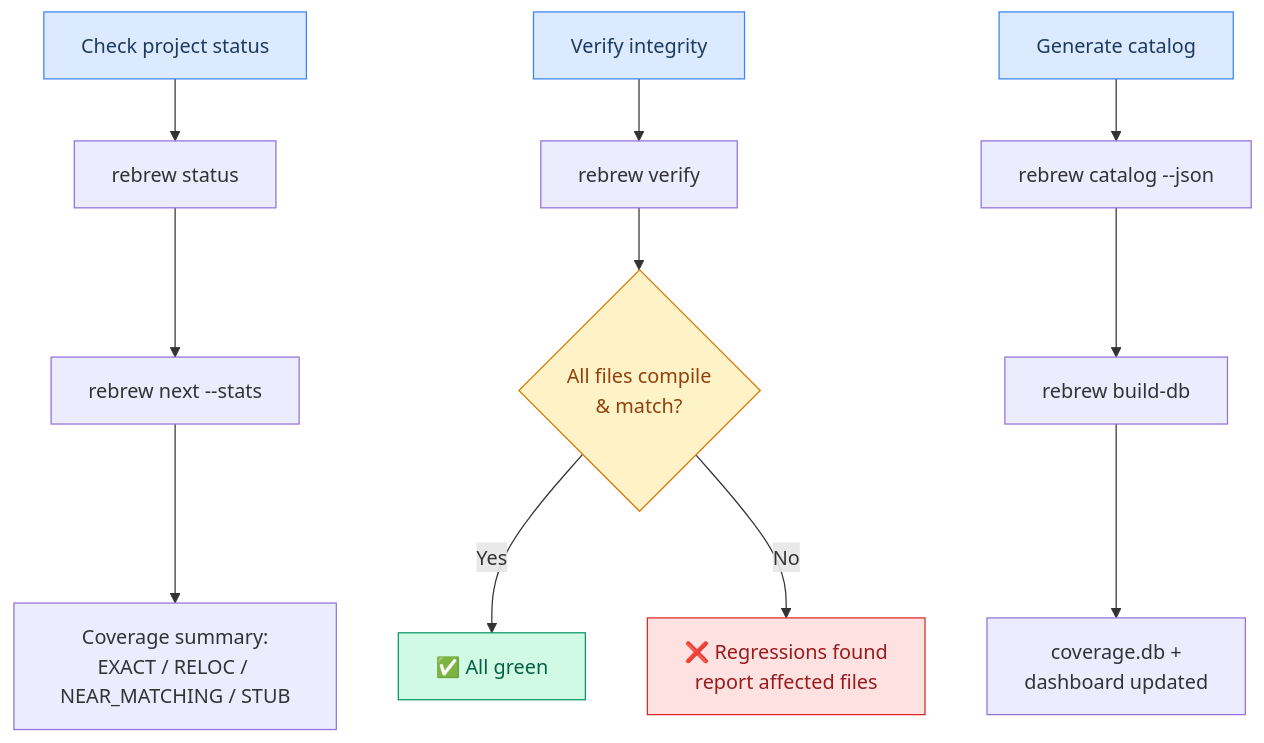
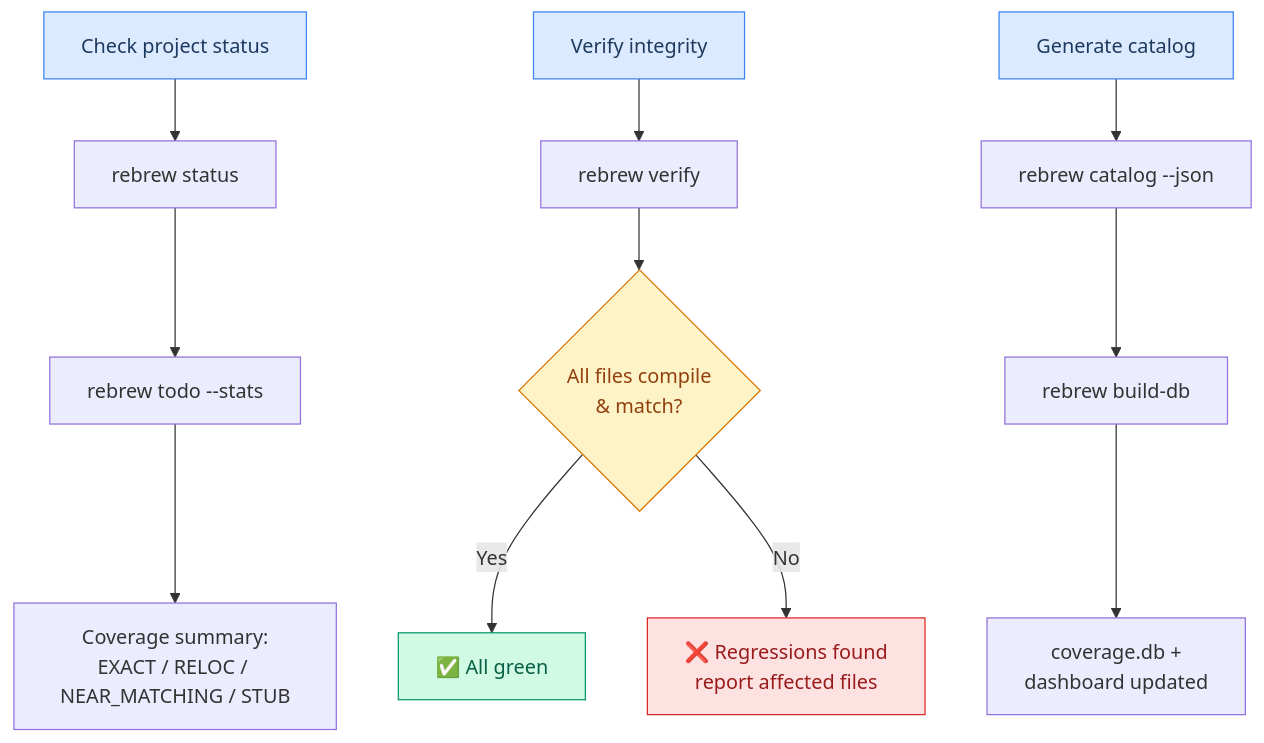
Diagram 11 of 16 in docs/USER_STORIES.md (maci0/rebrew), drawn with Mermaid before and after one commit. The commit also changed other lines of this file and 3 other files, not shown here.

First line of the commit message:
docs: replace ghost commands rebrew next/promote with current equivalents (A3)

````diff
--- a/docs/USER_STORIES.md
+++ b/docs/USER_STORIES.md
@@ -366,22 +366,22 @@
 ```mermaid
 graph TD
     A["Check project status"] --> S["rebrew status"]
-    S --> B["rebrew next --stats"]
+    S --> B["rebrew todo --stats"]
     B --> C["Coverage summary:<br/>EXACT / RELOC / NEAR_MATCHING / STUB"]
 
     D["Verify integrity"] --> E["rebrew verify"]
     E --> F{"All files compile<br/>& match?"}
     F -->|Yes| G["✅ All green"]
     F -->|No| H["❌ Regressions found<br/>report affected files"]
 
     I["Generate catalog"] --> J["rebrew catalog --json"]
     J --> BD["rebrew build-db"]
     BD --> K["coverage.db +<br/>dashboard updated"]
 
     style A fill:#dbeafe,stroke:#3b82f6,color:#1e3a5f
     style D fill:#dbeafe,stroke:#3b82f6,color:#1e3a5f
     style I fill:#dbeafe,stroke:#3b82f6,color:#1e3a5f
     style G fill:#d1fae5,stroke:#059669,color:#065f46
     style H fill:#fee2e2,stroke:#dc2626,color:#991b1b
     style F fill:#fef3c7,stroke:#d97706,color:#92400e
 ```
````
